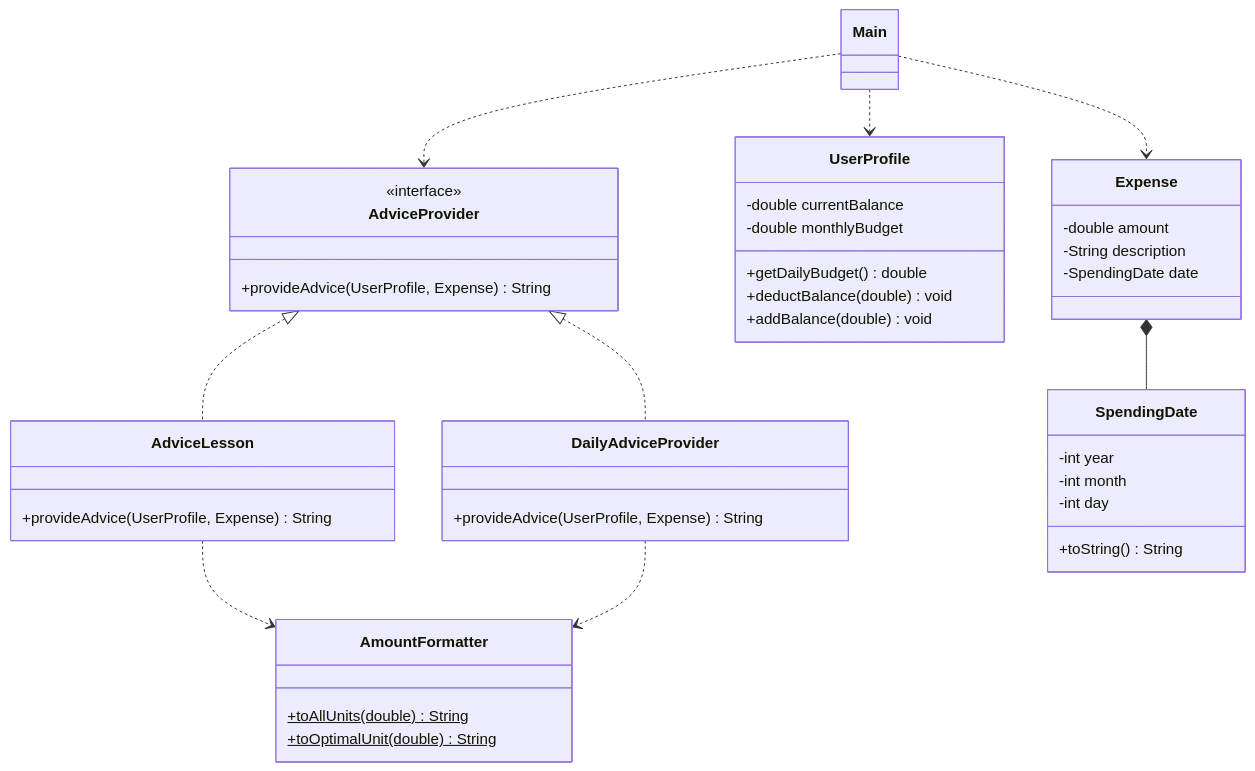
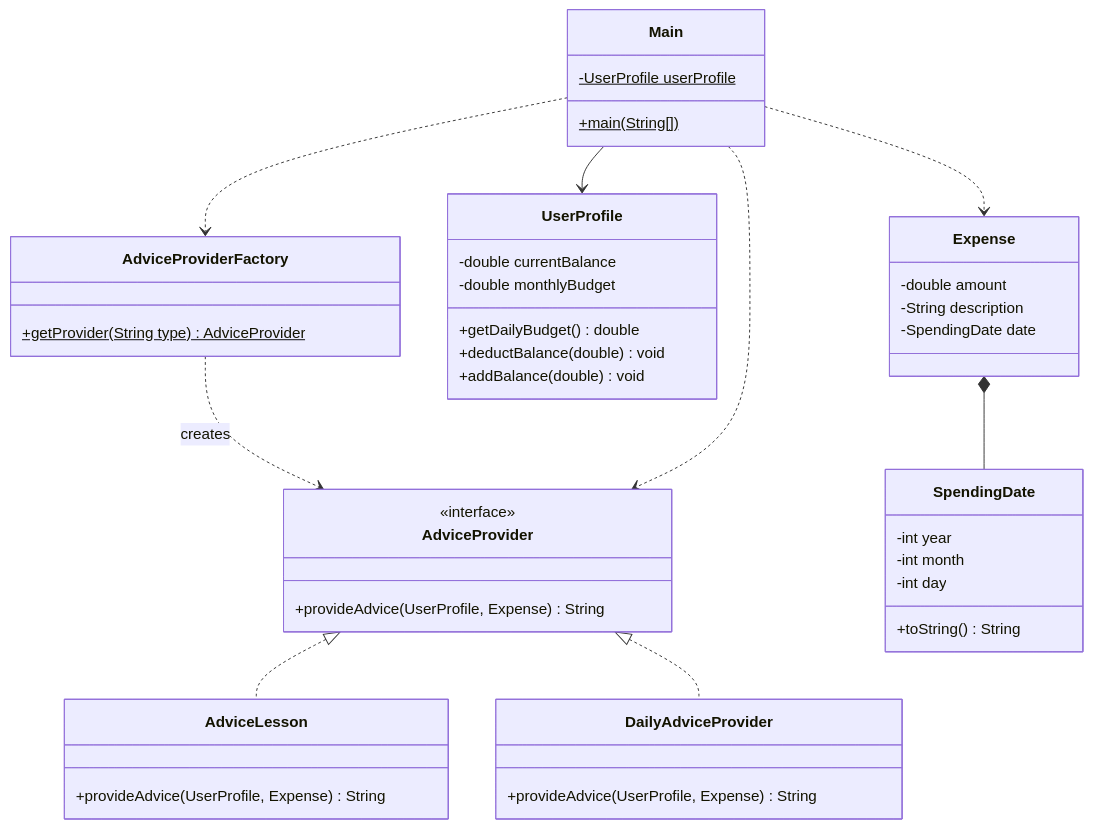
The first of 2 diagrams in _posts/2026-11-05-Design_Pattern_06.md (YoungHoonKo/younghoonko.github.io), drawn with Mermaid before and after one commit. The commit also changed other lines of this file and 7 other files, not shown here.

````diff
--- a/_posts/2026-11-05-Design_Pattern_06.md
+++ b/_posts/2026-11-05-Design_Pattern_06.md
@@ -38,44 +52,47 @@
 ```mermaid
 classDiagram
     direction TB
     class AdviceProvider {
         <<interface>>
         +provideAdvice(UserProfile, Expense) String
     }
     class AdviceLesson {
         +provideAdvice(UserProfile, Expense) String
     }
     class DailyAdviceProvider {
         +provideAdvice(UserProfile, Expense) String
+    }
+    class AdviceProviderFactory {
+        +getProvider(String type)$ AdviceProvider
     }
     class UserProfile {
         -double currentBalance
         -double monthlyBudget
         +getDailyBudget() double
         +deductBalance(double) void
         +addBalance(double) void
     }
     class Expense {
         -double amount
         -String description
         -SpendingDate date
     }
     class SpendingDate {
         -int year
         -int month
         -int day
         +toString() String
     }
-    class AmountFormatter {
-        +toAllUnits(double)$ String
-        +toOptimalUnit(double)$ String
+    class Main {
+        -UserProfile userProfile$
+        +main(String[])$
     }
     AdviceProvider <|.. AdviceLesson
     AdviceProvider <|.. DailyAdviceProvider
+    AdviceProviderFactory ..> AdviceProvider : creates
     Expense *-- SpendingDate
+    Main --> UserProfile
+    Main ..> AdviceProviderFactory
     Main ..> AdviceProvider
-    Main ..> UserProfile
     Main ..> Expense
-    AdviceLesson ..> AmountFormatter
-    DailyAdviceProvider ..> AmountFormatter
 ```
````
